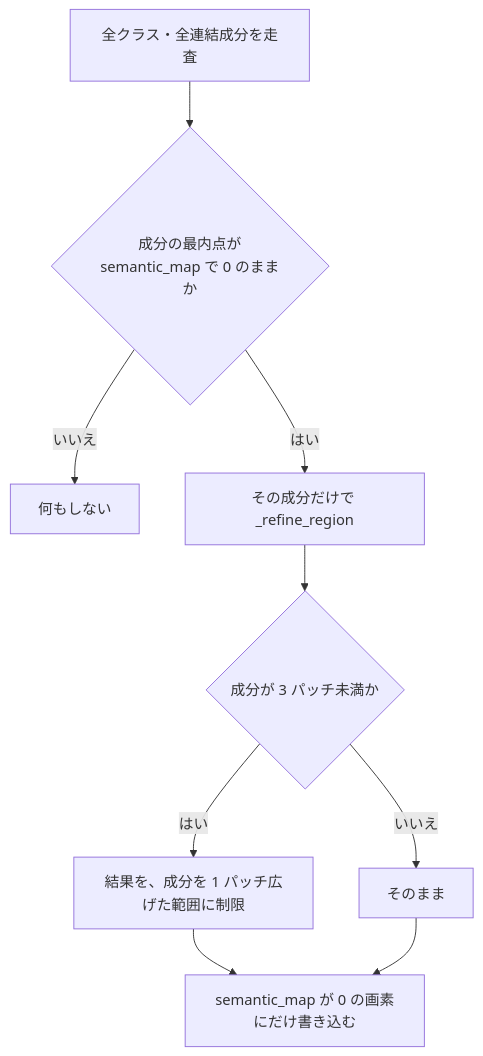
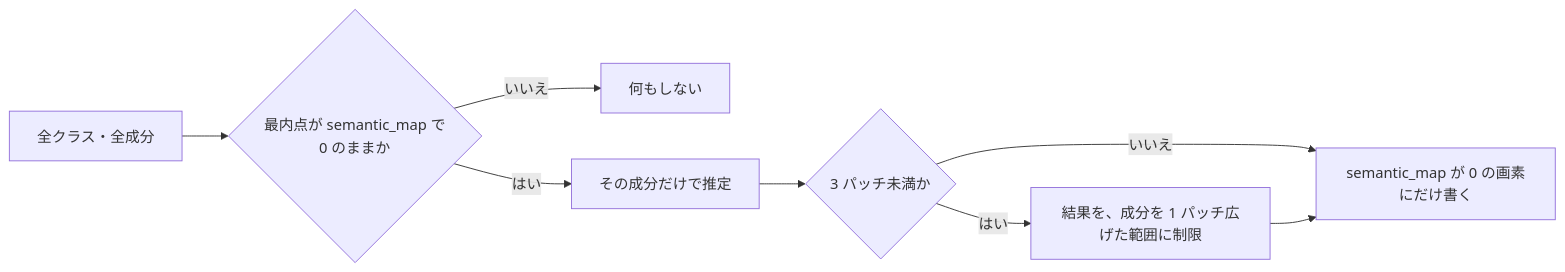
The seventh of 8 diagrams in docs/detailed_segmentation.md (fklg-64/pe_anything_detect), drawn with Mermaid before and after one commit. The commit also changed other lines of this file and 85 other files, not shown here.

````diff
--- a/docs/detailed_segmentation.md
+++ b/docs/detailed_segmentation.md
@@ -308,11 +175,10 @@
 ```mermaid
-flowchart TD
-    A["全クラス・全連結成分を走査"] --> B{"成分の最内点が<br/>semantic_map で 0 のままか"}
-    B -->|いいえ| SKIP["何もしない"]
-    B -->|はい| C["その成分だけで _refine_region"]
-    C --> D{"成分が 3 パッチ未満か"}
-    D -->|はい| E["結果を、成分を 1 パッチ広げた範囲に制限"]
-    D -->|いいえ| F["そのまま"]
-    E --> G["semantic_map が 0 の画素にだけ書き込む"]
-    F --> G
+flowchart LR
+    A["全クラス・全成分"] --> B{"最内点が semantic_map で<br/>0 のままか"}
+    B -->|いいえ| C["何もしない"]
+    B -->|はい| D["その成分だけで推定"]
+    D --> E{"3 パッチ未満か"}
+    E -->|はい| F["結果を、成分を 1 パッチ広げた範囲に制限"]
+    E -->|いいえ| G
+    F --> G["semantic_map が 0 の画素にだけ書く"]
 ```
````
